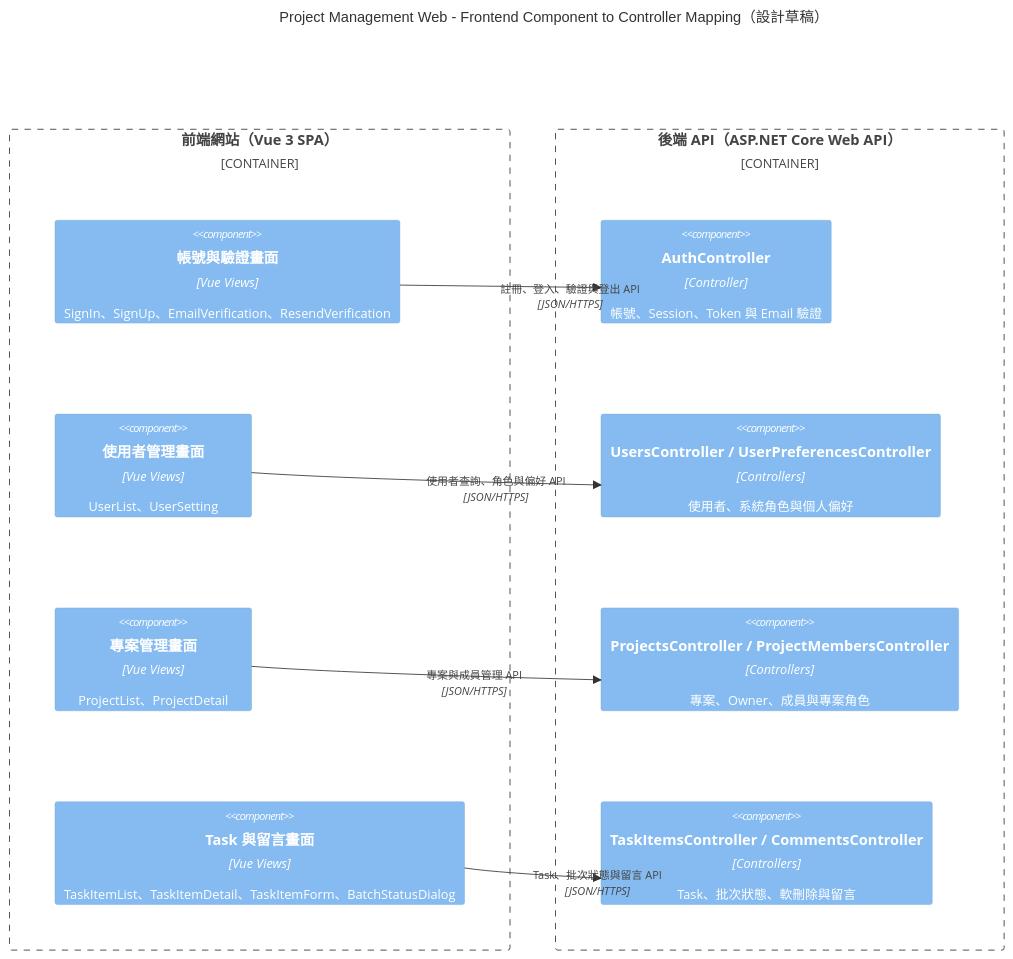
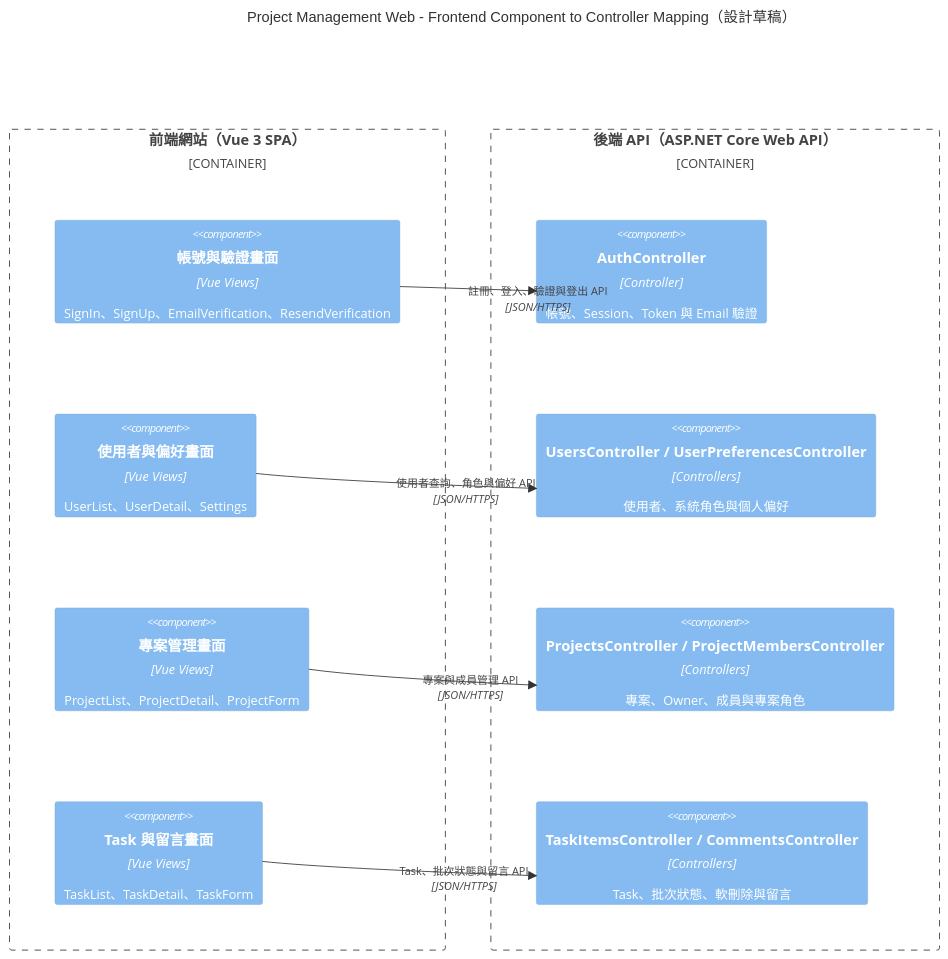
The fifth of 5 diagrams in C4/ProjectManagementWeb_C4_Level1_Level3.md (JJDing-Louis/ProjectManagementWeb_Spec), drawn with Mermaid before and after one commit. The commit also changed other lines of this file and 11 other files, not shown here.

````diff
--- a/C4/ProjectManagementWeb_C4_Level1_Level3.md
+++ b/C4/ProjectManagementWeb_C4_Level1_Level3.md
@@ -138,25 +144,25 @@
 ```mermaid
 C4Component
     title Project Management Web - Frontend Component to Controller Mapping（設計草稿）
 
     Container_Boundary(webBoundary, "前端網站（Vue 3 SPA）") {
         Component(authViews, "帳號與驗證畫面", "Vue Views", "SignIn、SignUp、EmailVerification、ResendVerification")
-        Component(userViews, "使用者管理畫面", "Vue Views", "UserList、UserSetting")
-        Component(projectViews, "專案管理畫面", "Vue Views", "ProjectList、ProjectDetail")
-        Component(taskViews, "Task 與留言畫面", "Vue Views", "TaskItemList、TaskItemDetail、TaskItemForm、BatchStatusDialog")
+        Component(userViews, "使用者與偏好畫面", "Vue Views", "UserList、UserDetail、Settings")
+        Component(projectViews, "專案管理畫面", "Vue Views", "ProjectList、ProjectDetail、ProjectForm")
+        Component(taskViews, "Task 與留言畫面", "Vue Views", "TaskList、TaskDetail、TaskForm")
     }
 
     Container_Boundary(apiBoundary, "後端 API（ASP.NET Core Web API）") {
         Component(authController, "AuthController", "Controller", "帳號、Session、Token 與 Email 驗證")
         Component(userControllers, "UsersController / UserPreferencesController", "Controllers", "使用者、系統角色與個人偏好")
         Component(projectControllers, "ProjectsController / ProjectMembersController", "Controllers", "專案、Owner、成員與專案角色")
         Component(taskControllers, "TaskItemsController / CommentsController", "Controllers", "Task、批次狀態、軟刪除與留言")
     }
 
     Rel(authViews, authController, "註冊、登入、驗證與登出 API", "JSON/HTTPS")
     Rel(userViews, userControllers, "使用者查詢、角色與偏好 API", "JSON/HTTPS")
     Rel(projectViews, projectControllers, "專案與成員管理 API", "JSON/HTTPS")
     Rel(taskViews, taskControllers, "Task、批次狀態與留言 API", "JSON/HTTPS")
 
     UpdateLayoutConfig($c4ShapeInRow="2", $c4BoundaryInRow="2")
 ```
````
